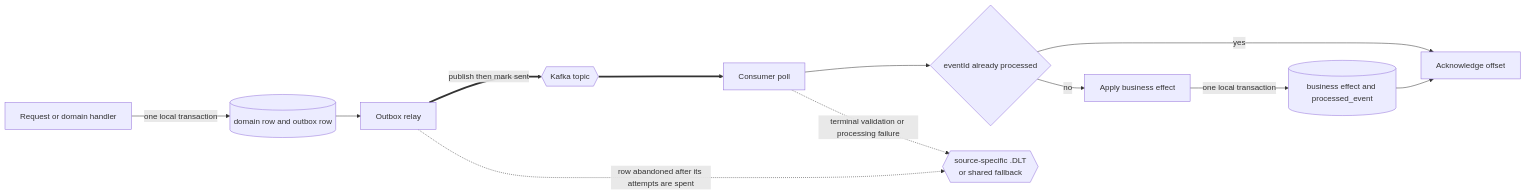
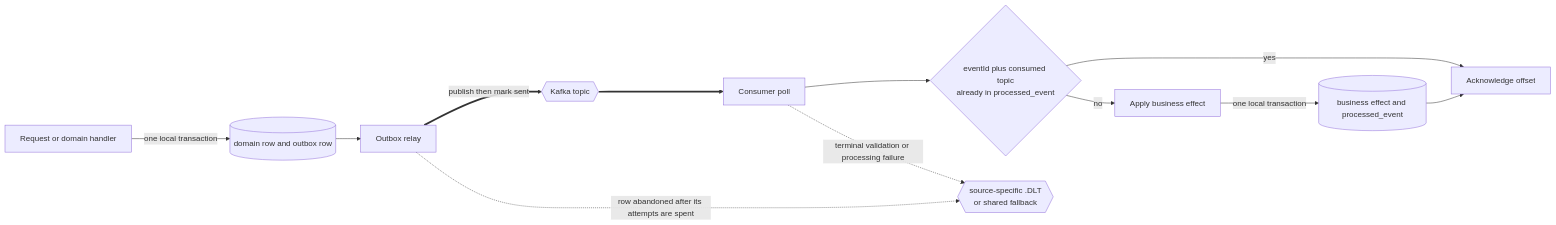
One commit to blitzy-public-samples/aws-carddemo-blitzy changed the third of 3 diagrams in card-platform/docs/event-flow.md. Above: the diagram before and after it, drawn with Mermaid. The commit also changed other lines of this file and 540 other files, not shown here.

````diff
--- a/card-platform/docs/event-flow.md
+++ b/card-platform/docs/event-flow.md
@@ -346,25 +367,25 @@
 ```mermaid
 graph LR
     HANDLER["Request or domain handler"]
     PDB[("domain row and outbox row")]
     RELAY["Outbox relay"]
     TOPIC{{"Kafka topic"}}
     POLL["Consumer poll"]
-    CHECK{"eventId already processed"}
+    CHECK{"eventId plus consumed topic<br/>already in processed_event"}
     WORK["Apply business effect"]
     CDB[("business effect and processed_event")]
     ACK["Acknowledge offset"]
     DLQ{{"source-specific .DLT<br/>or shared fallback"}}
 
     HANDLER -->|"one local transaction"| PDB
     PDB --> RELAY
     RELAY ==>|"publish then mark sent"| TOPIC
     TOPIC ==> POLL
     POLL --> CHECK
     CHECK -->|"yes"| ACK
     CHECK -->|"no"| WORK
     WORK -->|"one local transaction"| CDB
     CDB --> ACK
     POLL -.->|"terminal validation or processing failure"| DLQ
     RELAY -.->|"row abandoned after its attempts are spent"| DLQ
 ```
````
